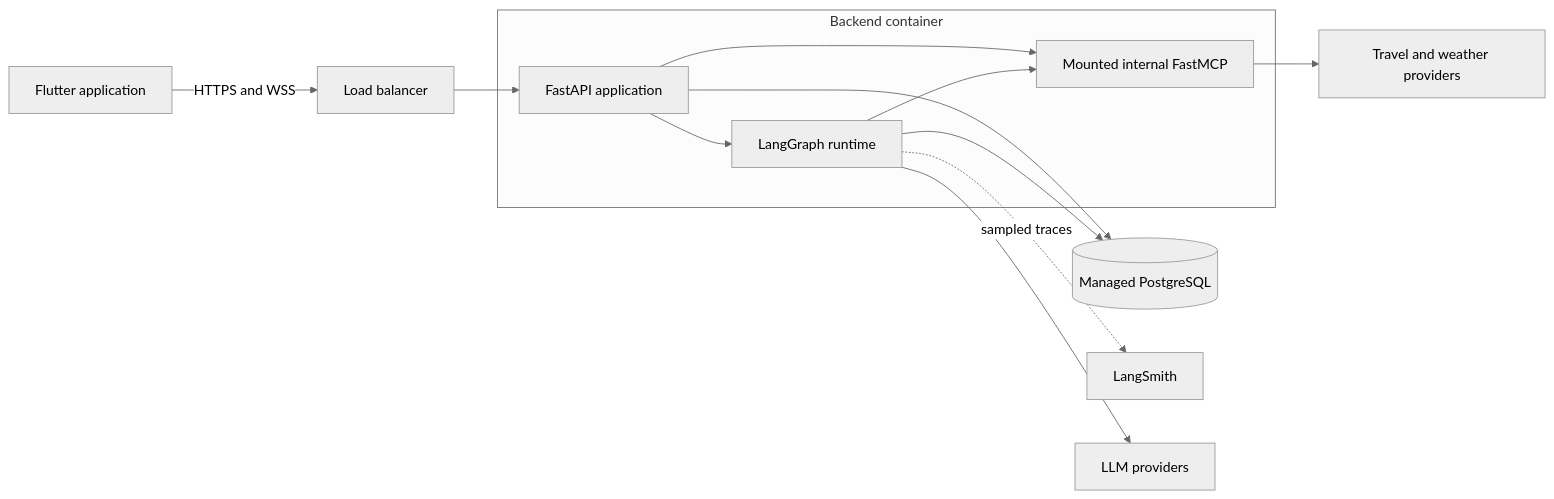
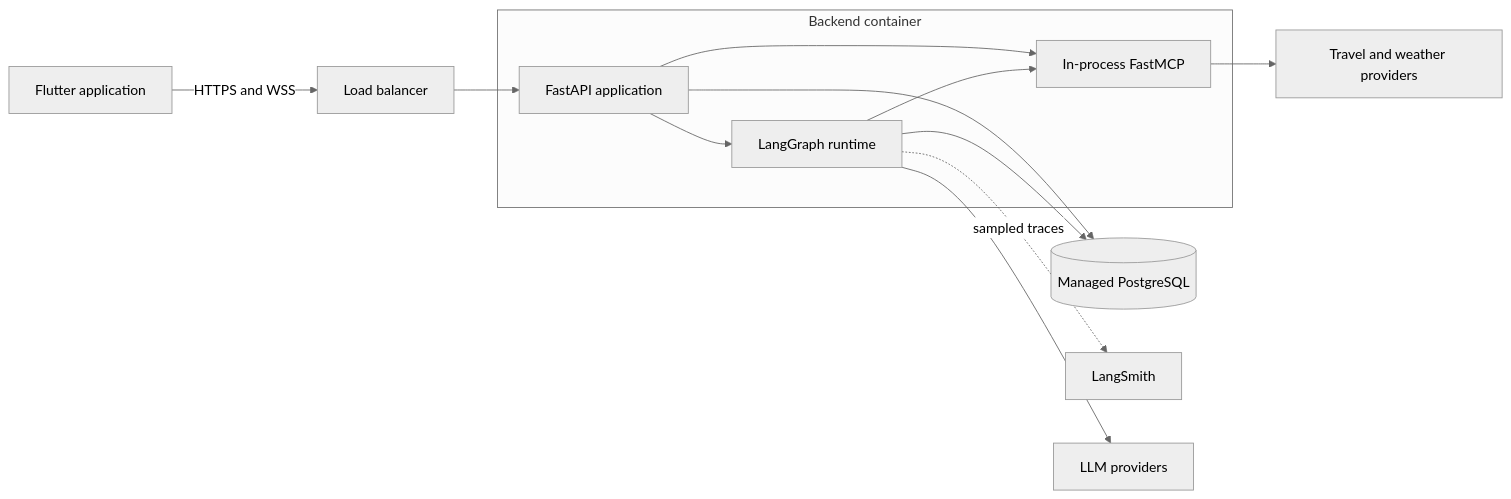
Before and after one commit to manipoint/map-server: the first of 2 diagrams in docs/deployment.md, drawn with Mermaid (neutral theme). The commit also changed other lines of this file and 43 other files, not shown here.

````diff
--- a/docs/deployment.md
+++ b/docs/deployment.md
@@ -7,15 +7,15 @@
 ```mermaid
 flowchart LR
     F[Flutter application] -->|HTTPS and WSS| L[Load balancer]
     L --> A[FastAPI application]
     subgraph Container[Backend container]
         A --> G[LangGraph runtime]
-        A --> M[Mounted internal FastMCP]
+        A --> M[In-process FastMCP]
         G --> M
     end
     A --> P[(Managed PostgreSQL)]
     G --> P
     M --> X[Travel and weather providers]
     G -. sampled traces .-> S[LangSmith]
     G --> V[LLM providers]
 ```
````
